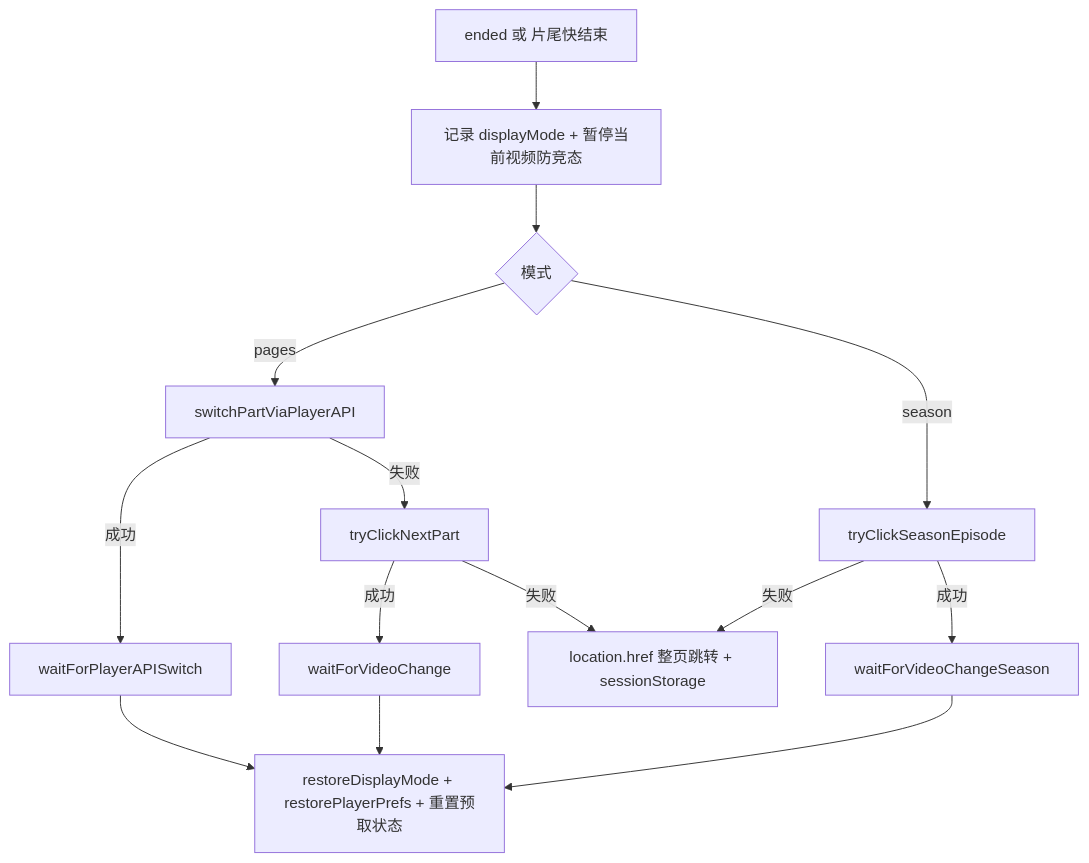
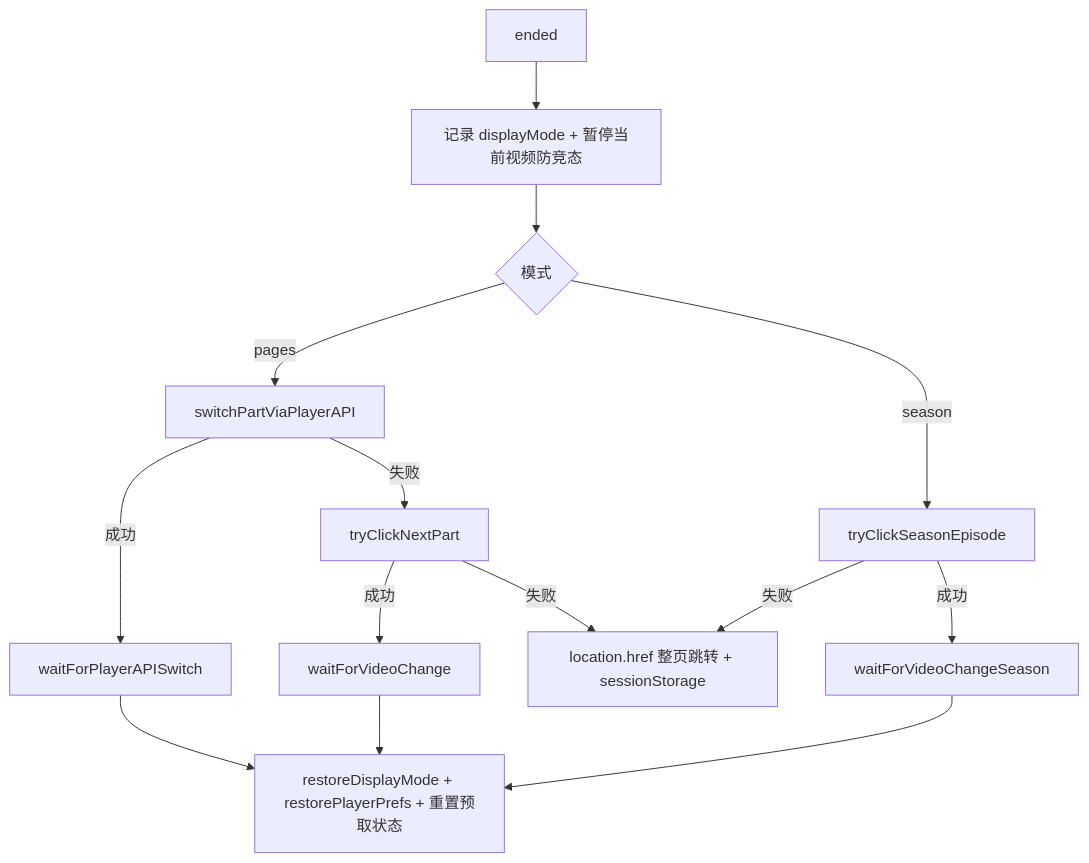
The third of 5 diagrams in CODE_WIKI.md (foggy-m/bilibili-cinema-mode), drawn with Mermaid before and after one commit. The commit also changed other lines of this file and 15 other files, not shown here.

````diff
--- a/CODE_WIKI.md
+++ b/CODE_WIKI.md
@@ -716,16 +697,16 @@
 ```mermaid
 graph TB
-    A[ended 或 片尾快结束] --> B[记录 displayMode + 暂停当前视频防竞态]
+    A[ended] --> B[记录 displayMode + 暂停当前视频防竞态]
     B --> C{模式}
     C -->|season| D[tryClickSeasonEpisode]
     C -->|pages| E[switchPartViaPlayerAPI]
     E -->|成功| F[waitForPlayerAPISwitch]
     E -->|失败| G[tryClickNextPart]
     G -->|成功| H[waitForVideoChange]
     G -->|失败| I[location.href 整页跳转 + sessionStorage]
     D -->|成功| J[waitForVideoChangeSeason]
     D -->|失败| I
     F --> K[restoreDisplayMode + restorePlayerPrefs + 重置预取状态]
     H --> K
     J --> K
 ```
````
